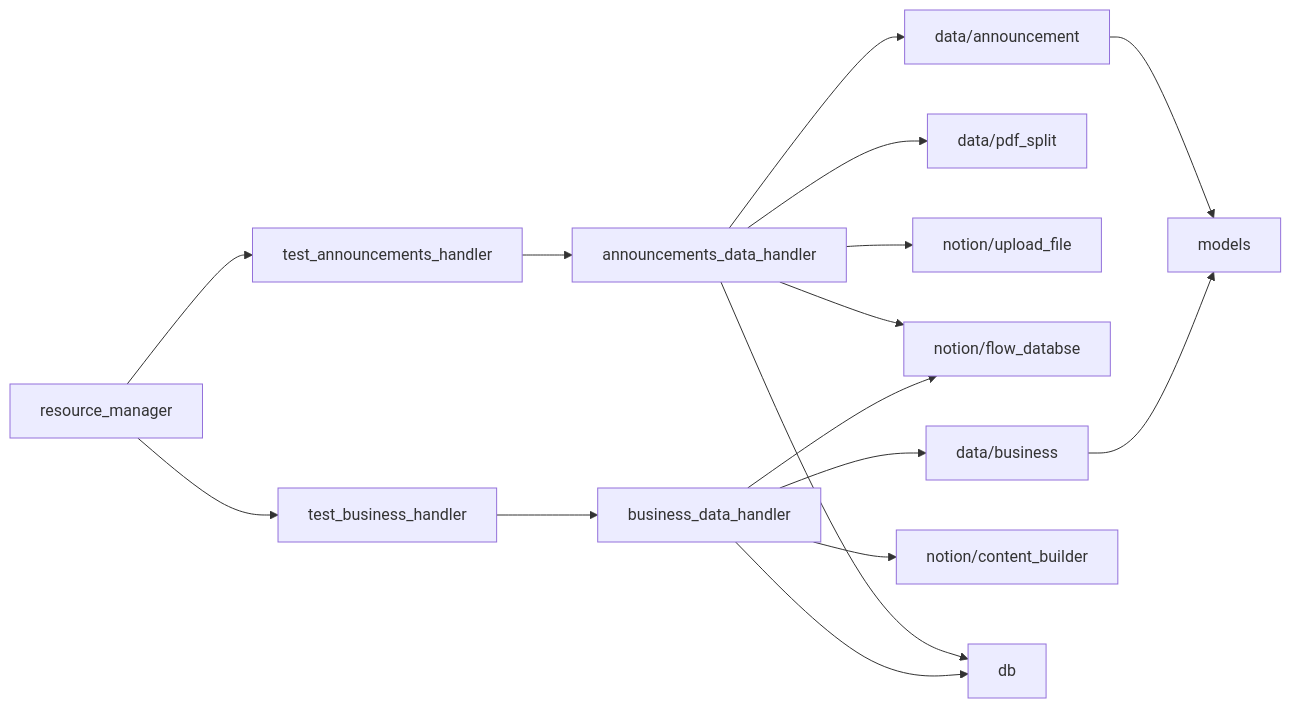
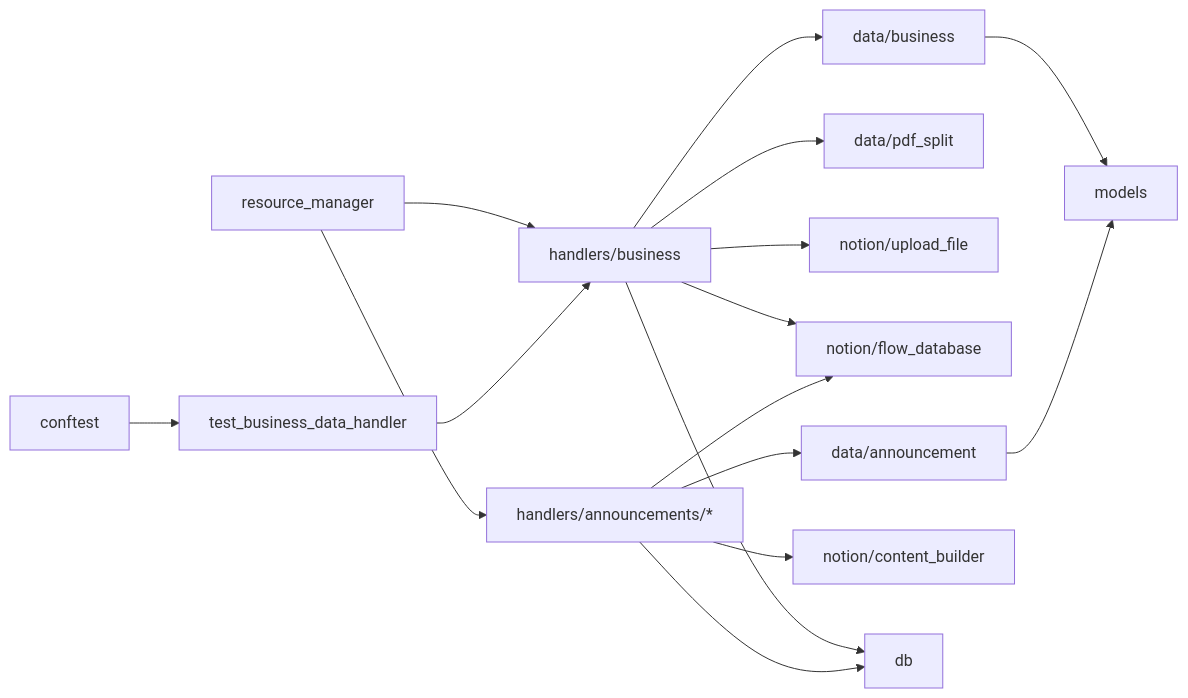
The fifth of 5 diagrams in .qoder/repowiki/zh/content/测试策略/测试策略.md (iverwong/DataLife), drawn with Mermaid before and after one commit. The commit also changed other lines of this file and 14 other files, not shown here.

````diff
--- a/.qoder/repowiki/zh/content/测试策略/测试策略.md
+++ b/.qoder/repowiki/zh/content/测试策略/测试策略.md
@@ -264,18 +288,18 @@
 ```mermaid
 graph LR
-H1["announcements_data_handler"] --> D1["data/announcement"]
+H1["handlers/business"] --> D1["data/business"]
 H1 --> D3["data/pdf_split"]
 H1 --> N4["notion/upload_file"]
-H1 --> N3["notion/flow_databse"]
-H2["business_data_handler"] --> D2["data/business"]
+H1 --> N3["notion/flow_database"]
+H2["handlers/announcements/*"] --> D2["data/announcement"]
 H2 --> N1["notion/content_builder"]
 H2 --> N3
 D1 --> M1["models"]
 D2 --> M1
 H1 --> DB["db"]
 H2 --> DB
-T1["test_announcements_handler"] --> H1
-T2["test_business_handler"] --> H2
-T3["resource_manager"] --> T1
-T3 --> T2
+T1["resource_manager"] --> H1
+T1 --> H2
+T2["conftest"] --> T3["test_business_data_handler"]
+T3 --> H1
 ```
````
